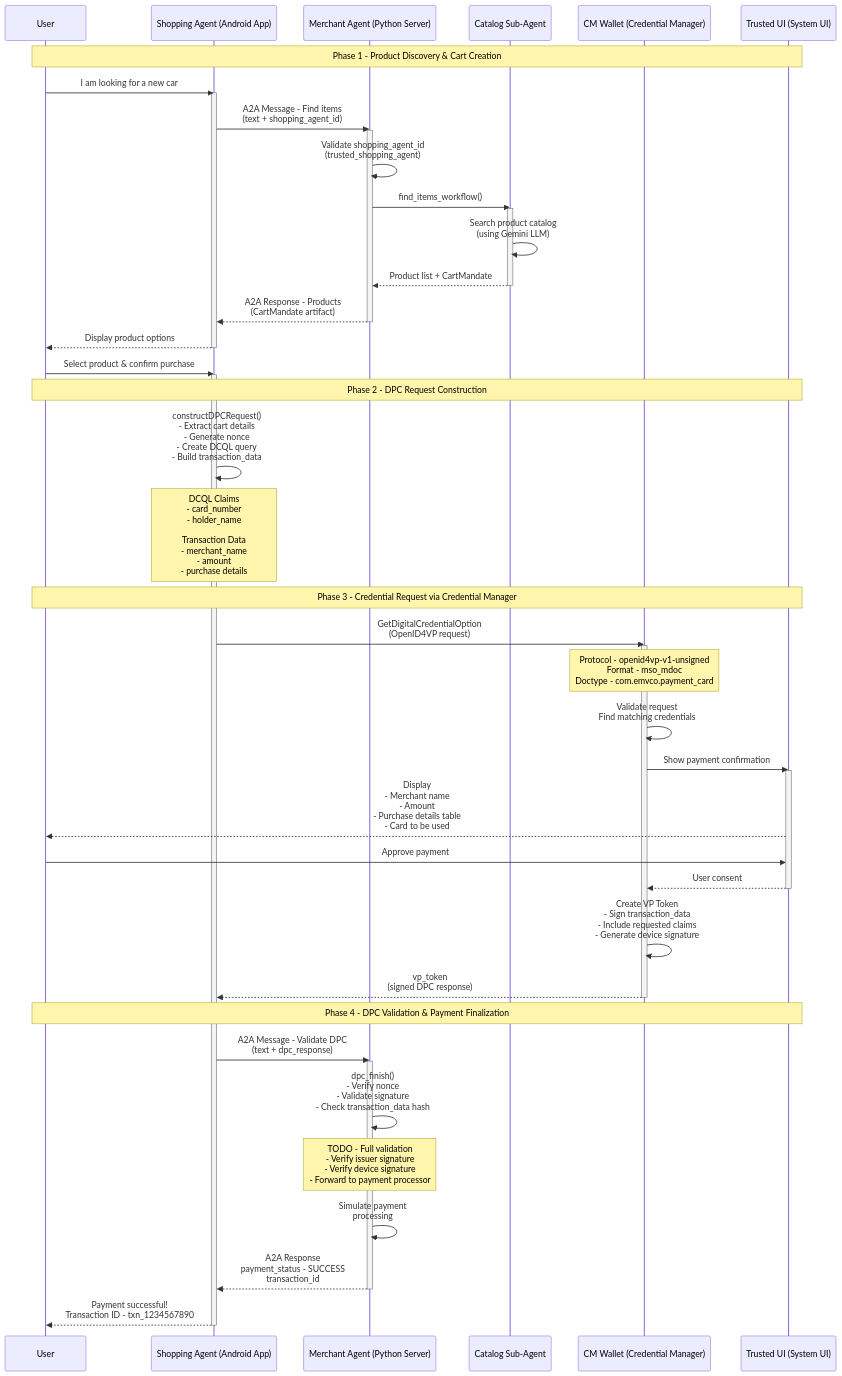
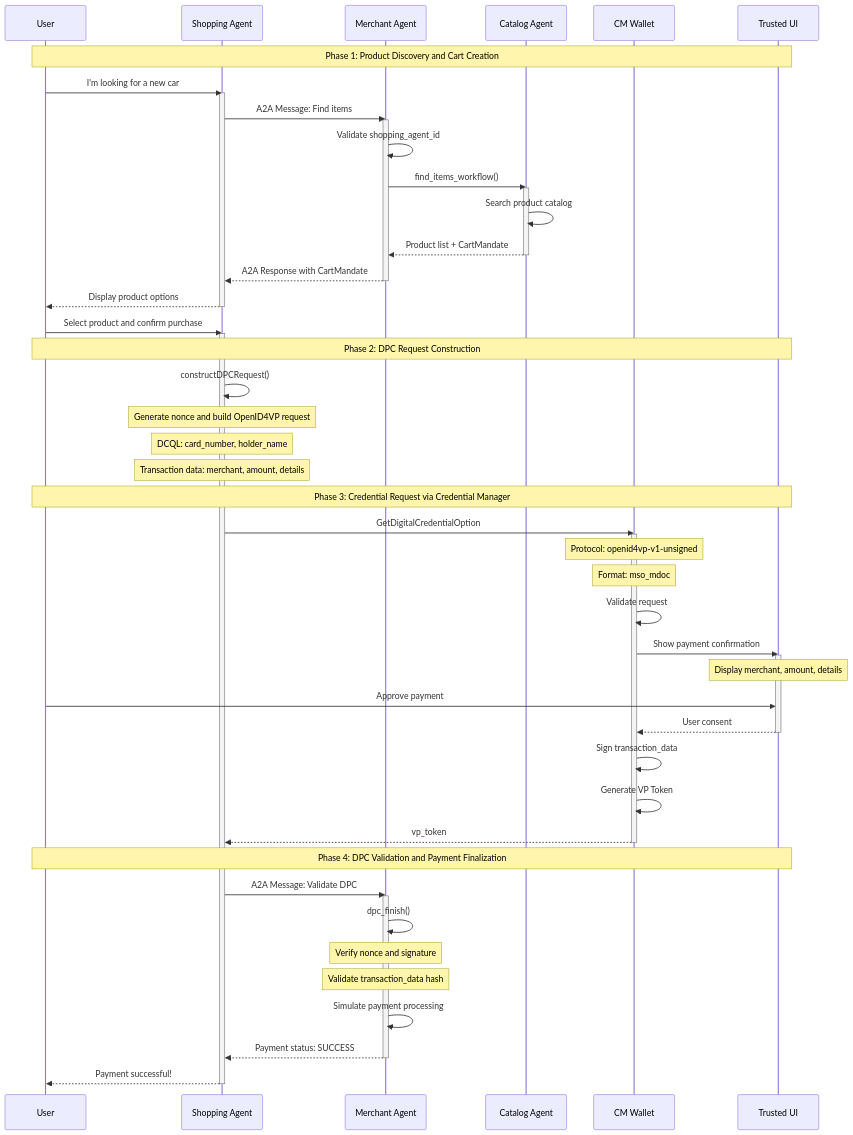
One commit to kukgini/kukgini.github.io changed the second of 4 diagrams in src/ap2/ap2-samples.md. Above: the diagram before and after it, drawn with Mermaid.

````diff
--- a/src/ap2/ap2-samples.md
+++ b/src/ap2/ap2-samples.md
@@ -186,83 +186,67 @@
 ```{mermaid}
 sequenceDiagram
     participant User
-    participant ShoppingAgent as Shopping Agent (Android App)
-    participant MerchantAgent as Merchant Agent (Python Server)
-    participant CatalogAgent as Catalog Sub-Agent
-    participant CMWallet as CM Wallet (Credential Manager)
-    participant TrustedUI as Trusted UI (System UI)
+    participant ShoppingAgent as Shopping Agent
+    participant MerchantAgent as Merchant Agent
+    participant CatalogAgent as Catalog Agent
+    participant CMWallet as CM Wallet
+    participant TrustedUI as Trusted UI
 
-    Note over User,TrustedUI: Phase 1 - Product Discovery & Cart Creation
+    Note over User,TrustedUI: Phase 1: Product Discovery and Cart Creation
 
-    User->>ShoppingAgent: I am looking for a new car
+    User->>ShoppingAgent: I'm looking for a new car
     activate ShoppingAgent
-
-    ShoppingAgent->>MerchantAgent: A2A Message - Find items<br/>(text + shopping_agent_id)
+    ShoppingAgent->>MerchantAgent: A2A Message: Find items
     activate MerchantAgent
-
-    MerchantAgent->>MerchantAgent: Validate shopping_agent_id<br/>(trusted_shopping_agent)
-
+    MerchantAgent->>MerchantAgent: Validate shopping_agent_id
     MerchantAgent->>CatalogAgent: find_items_workflow()
     activate CatalogAgent
-
-    CatalogAgent->>CatalogAgent: Search product catalog<br/>(using Gemini LLM)
-
+    CatalogAgent->>CatalogAgent: Search product catalog
     CatalogAgent-->>MerchantAgent: Product list + CartMandate
     deactivate CatalogAgent
-
-    MerchantAgent-->>ShoppingAgent: A2A Response - Products<br/>(CartMandate artifact)
+    MerchantAgent-->>ShoppingAgent: A2A Response with CartMandate
     deactivate MerchantAgent
-
     ShoppingAgent-->>User: Display product options
     deactivate ShoppingAgent
 
-    User->>ShoppingAgent: Select product & confirm purchase
+    User->>ShoppingAgent: Select product and confirm purchase
     activate ShoppingAgent
 
-    Note over User,TrustedUI: Phase 2 - DPC Request Construction
+    Note over User,TrustedUI: Phase 2: DPC Request Construction
 
-    ShoppingAgent->>ShoppingAgent: constructDPCRequest()<br/>- Extract cart details<br/>- Generate nonce<br/>- Create DCQL query<br/>- Build transaction_data
+    ShoppingAgent->>ShoppingAgent: constructDPCRequest()
+    Note over ShoppingAgent: Generate nonce and build OpenID4VP request
+    Note over ShoppingAgent: DCQL: card_number, holder_name
+    Note over ShoppingAgent: Transaction data: merchant, amount, details
 
-    Note over ShoppingAgent: DCQL Claims<br/>- card_number<br/>- holder_name<br/><br/>Transaction Data<br/>- merchant_name<br/>- amount<br/>- purchase details
+    Note over User,TrustedUI: Phase 3: Credential Request via Credential Manager
 
-    Note over User,TrustedUI: Phase 3 - Credential Request via Credential Manager
-
-    ShoppingAgent->>CMWallet: GetDigitalCredentialOption<br/>(OpenID4VP request)
+    ShoppingAgent->>CMWallet: GetDigitalCredentialOption
     activate CMWallet
-
-    Note over CMWallet: Protocol - openid4vp-v1-unsigned<br/>Format - mso_mdoc<br/>Doctype - com.emvco.payment_card
-
-    CMWallet->>CMWallet: Validate request<br/>Find matching credentials
-
+    Note over CMWallet: Protocol: openid4vp-v1-unsigned
+    Note over CMWallet: Format: mso_mdoc
+    CMWallet->>CMWallet: Validate request
     CMWallet->>TrustedUI: Show payment confirmation
     activate TrustedUI
-
-    TrustedUI-->>User: Display<br/>- Merchant name<br/>- Amount<br/>- Purchase details table<br/>- Card to be used
-
+    Note over TrustedUI: Display merchant, amount, details
     User->>TrustedUI: Approve payment
-
     TrustedUI-->>CMWallet: User consent
     deactivate TrustedUI
-
-    CMWallet->>CMWallet: Create VP Token<br/>- Sign transaction_data<br/>- Include requested claims<br/>- Generate device signature
-
-    CMWallet-->>ShoppingAgent: vp_token<br/>(signed DPC response)
+    CMWallet->>CMWallet: Sign transaction_data
+    CMWallet->>CMWallet: Generate VP Token
+    CMWallet-->>ShoppingAgent: vp_token
     deactivate CMWallet
 
-    Note over User,TrustedUI: Phase 4 - DPC Validation & Payment Finalization
+    Note over User,TrustedUI: Phase 4: DPC Validation and Payment Finalization
 
-    ShoppingAgent->>MerchantAgent: A2A Message - Validate DPC<br/>(text + dpc_response)
+    ShoppingAgent->>MerchantAgent: A2A Message: Validate DPC
     activate MerchantAgent
-
-    MerchantAgent->>MerchantAgent: dpc_finish()<br/>- Verify nonce<br/>- Validate signature<br/>- Check transaction_data hash
-
-    Note over MerchantAgent: TODO - Full validation<br/>- Verify issuer signature<br/>- Verify device signature<br/>- Forward to payment processor
-
-    MerchantAgent->>MerchantAgent: Simulate payment<br/>processing
-
-    MerchantAgent-->>ShoppingAgent: A2A Response<br/>payment_status - SUCCESS<br/>transaction_id
+    MerchantAgent->>MerchantAgent: dpc_finish()
+    Note over MerchantAgent: Verify nonce and signature
+    Note over MerchantAgent: Validate transaction_data hash
+    MerchantAgent->>MerchantAgent: Simulate payment processing
+    MerchantAgent-->>ShoppingAgent: Payment status: SUCCESS
     deactivate MerchantAgent
-
-    ShoppingAgent-->>User: Payment successful!<br/>Transaction ID - txn_1234567890
+    ShoppingAgent-->>User: Payment successful!
     deactivate ShoppingAgent
 ```
````
